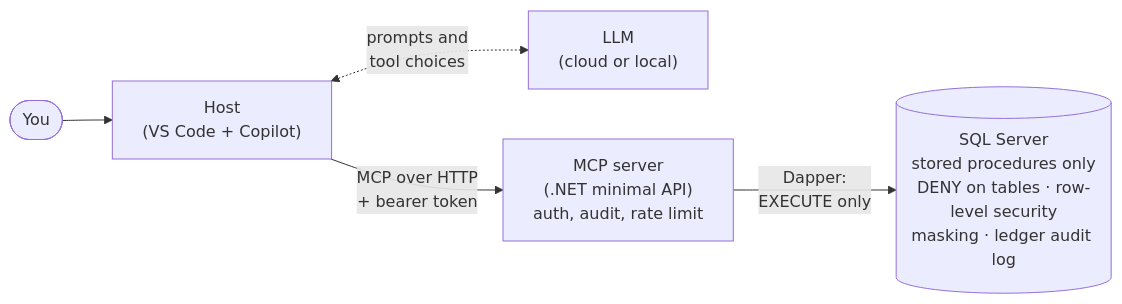
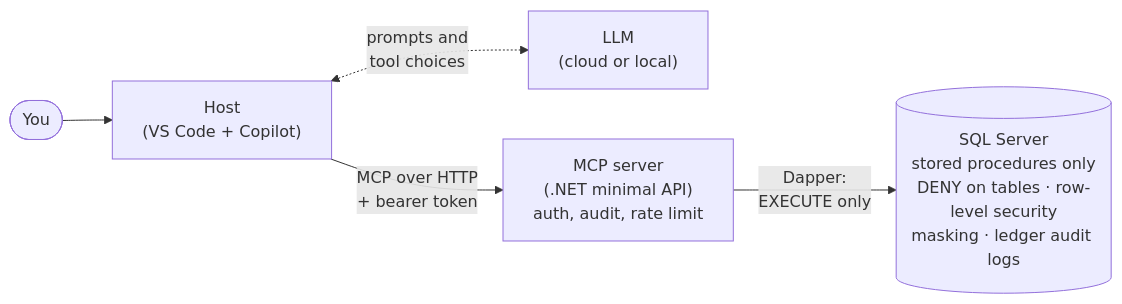
One commit to Code-Express-AI/trading-mcp-dotnet changed the diagram in README.md. Above: the diagram before and after it, drawn with Mermaid. The commit also changed other lines of this file and 6 other files, not shown here.

````diff
--- a/README.md
+++ b/README.md
@@ -116,7 +116,7 @@
 ```mermaid
 flowchart LR
     U([You]) --> H["Host<br/>(VS Code + Copilot)"]
     H <-. "prompts and<br/>tool choices" .-> L["LLM<br/>(cloud or local)"]
     H -- "MCP over HTTP<br/>+ bearer token" --> S["MCP server<br/>(.NET minimal API)<br/>auth, audit, rate limit"]
-    S -- "Dapper:<br/>EXECUTE only" --> D[("SQL Server<br/>stored procedures only<br/>DENY on tables · row-level security<br/>masking · ledger audit log")]
+    S -- "Dapper:<br/>EXECUTE only" --> D[("SQL Server<br/>stored procedures only<br/>DENY on tables · row-level security<br/>masking · ledger audit logs")]
 ```
````
